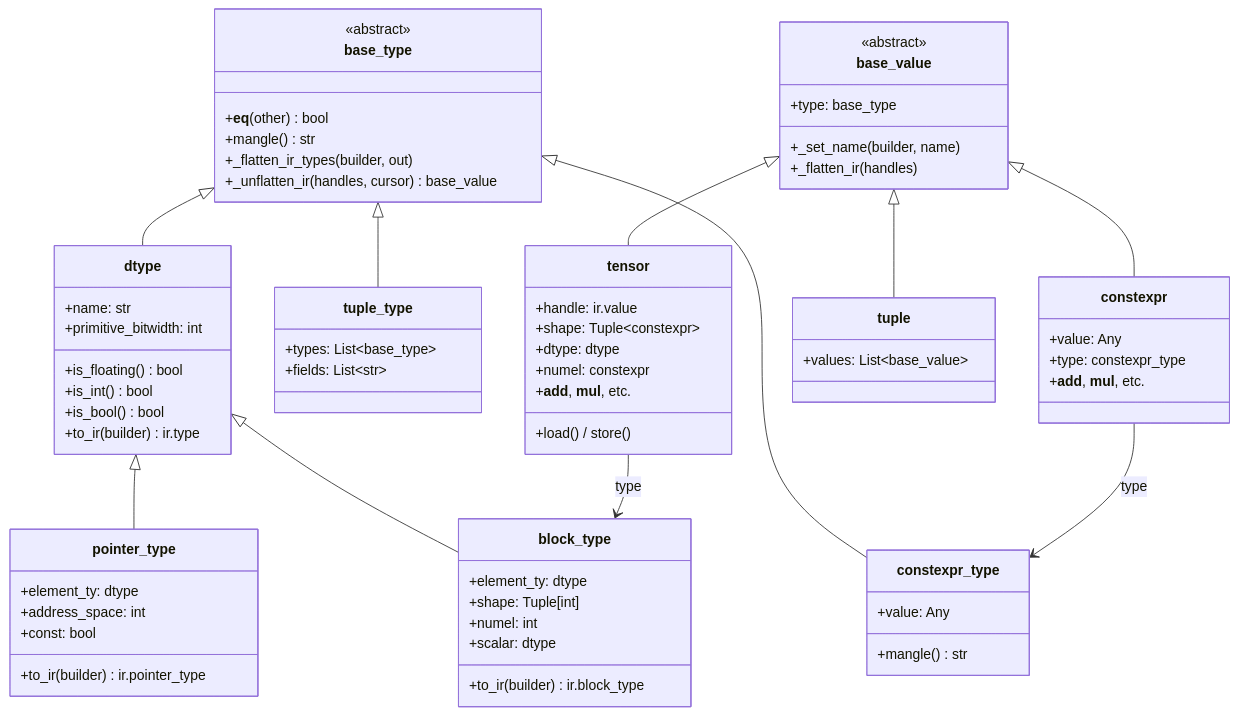
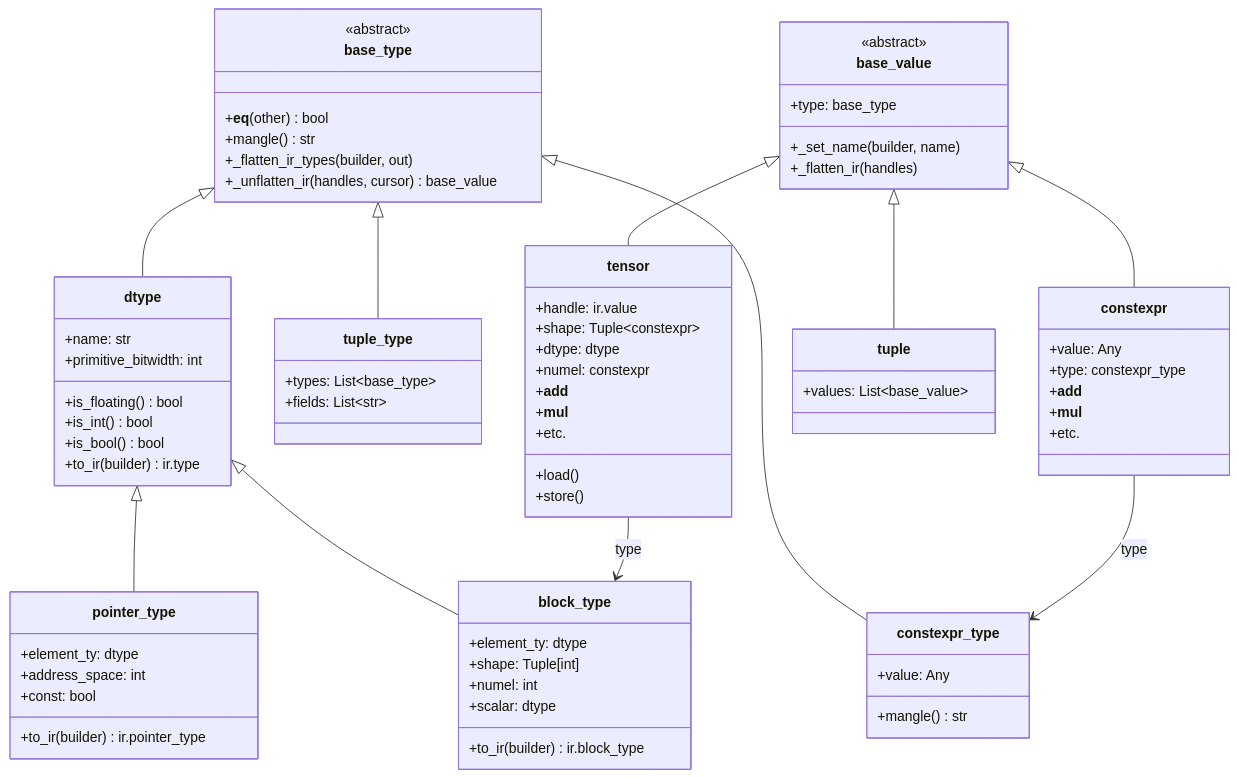
Before and after one commit to Allen-C-Guan/Pytorch-Inductor-Tutorial: the third of 7 diagrams in Triton Introduction/triton_compiler_view_tutorial/ch02_triton_dsl.md, drawn with Mermaid. The commit also changed other lines of this file and 4 other files, not shown here.

Commit message:
fix graph bug

```diff
--- a/Triton Introduction/triton_compiler_view_tutorial/ch02_triton_dsl.md
+++ b/Triton Introduction/triton_compiler_view_tutorial/ch02_triton_dsl.md
@@ -291,14 +291,19 @@
         +shape: Tuple~constexpr~
         +dtype: dtype
         +numel: constexpr
-        +__add__, __mul__, etc.
-        +load() / store()
+        +__add__
+        +__mul__
+        +etc.
+        +load()
+        +store()
     }
     
     class constexpr {
         +value: Any
         +type: constexpr_type
-        +__add__, __mul__, etc.
+        +__add__
+        +__mul__
+        +etc.
     }
     
     class tuple {
```
